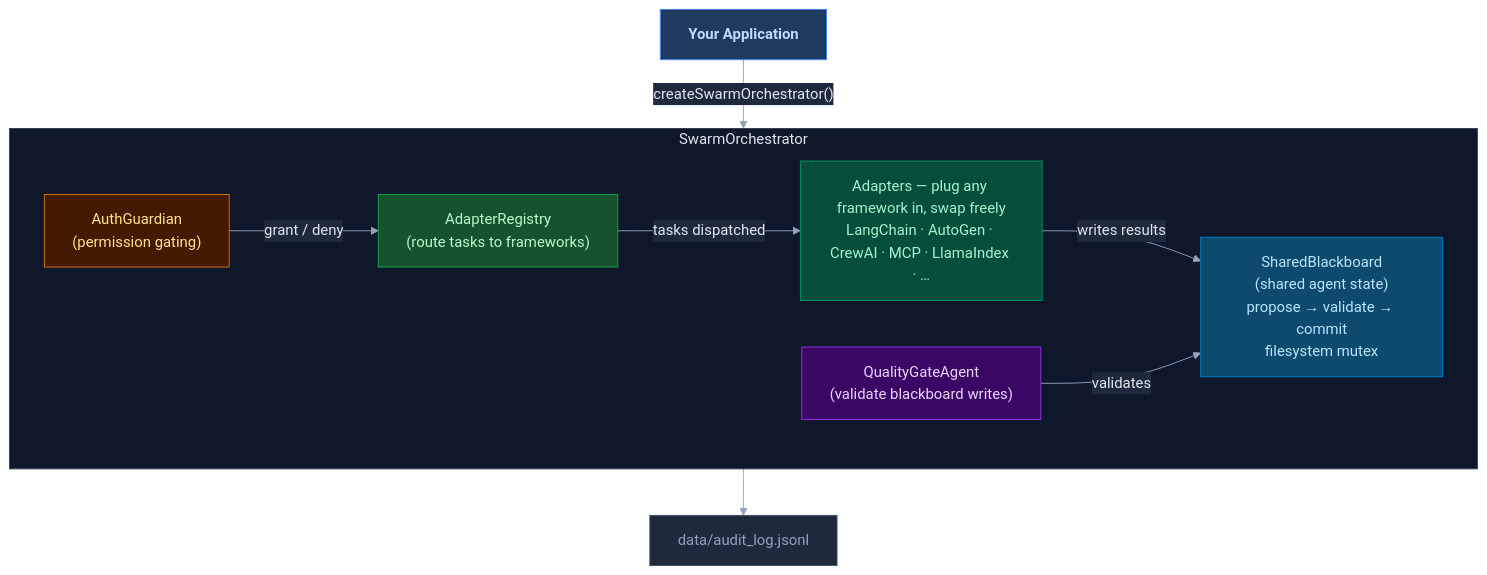
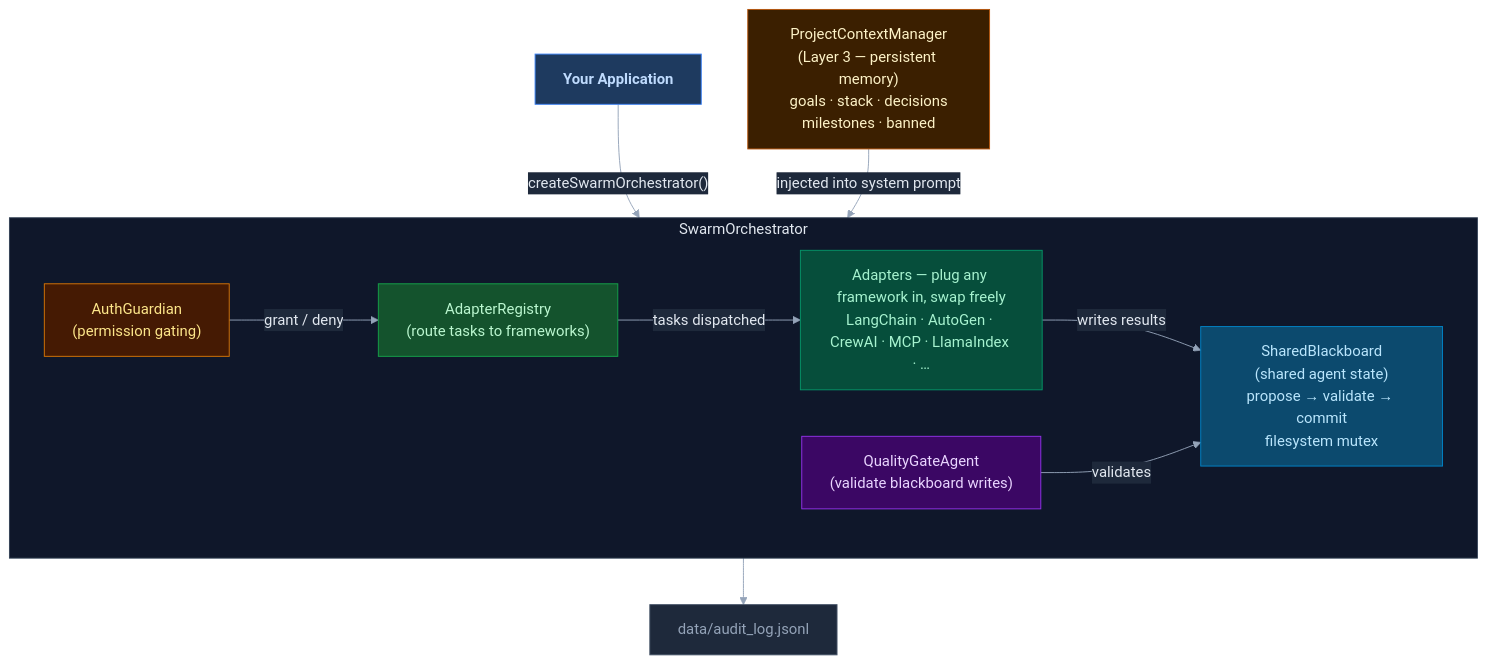
One commit to Jovancoding/Network-AI changed the diagram in ARCHITECTURE.md. Above: the diagram before and after it, drawn with Mermaid. The commit also changed other lines of this file and 11 other files, not shown here.

First line of the commit message:
feat: Project Context Layer (Layer 3 memory) v4.5.0

````diff
--- a/ARCHITECTURE.md
+++ b/ARCHITECTURE.md
@@ -36,29 +36,33 @@
 ```mermaid
 %%{init: {'theme': 'base', 'themeVariables': {'primaryColor': '#1e293b', 'primaryTextColor': '#e2e8f0', 'primaryBorderColor': '#475569', 'lineColor': '#94a3b8', 'clusterBkg': '#0f172a', 'clusterBorder': '#334155', 'edgeLabelBackground': '#1e293b', 'edgeLabelColor': '#cbd5e1', 'titleColor': '#e2e8f0'}}}%%
 flowchart TD
     classDef app        fill:#1e3a5f,stroke:#3b82f6,color:#bfdbfe,font-weight:bold
     classDef security   fill:#451a03,stroke:#d97706,color:#fde68a
     classDef routing    fill:#14532d,stroke:#16a34a,color:#bbf7d0
     classDef quality    fill:#3b0764,stroke:#9333ea,color:#e9d5ff
     classDef blackboard fill:#0c4a6e,stroke:#0284c7,color:#bae6fd
     classDef adapters   fill:#064e3b,stroke:#059669,color:#a7f3d0
     classDef audit      fill:#1e293b,stroke:#475569,color:#94a3b8
+    classDef context    fill:#3b1f00,stroke:#b45309,color:#fef3c7
 
     App["Your Application"]:::app
     App -->|"createSwarmOrchestrator()"| SO
+
+    PC["ProjectContextManager\n(Layer 3 — persistent memory)\ngoals · stack · decisions\nmilestones · banned"]:::context
+    PC -->|"injected into system prompt"| SO
 
     subgraph SO["SwarmOrchestrator"]
         AG["AuthGuardian\n(permission gating)"]:::security
         AR["AdapterRegistry\n(route tasks to frameworks)"]:::routing
         QG["QualityGateAgent\n(validate blackboard writes)"]:::quality
         BB["SharedBlackboard\n(shared agent state)\npropose → validate → commit\nfilesystem mutex"]:::blackboard
         AD["Adapters — plug any framework in, swap freely\nLangChain · AutoGen · CrewAI · MCP · LlamaIndex · …"]:::adapters
 
         AG -->|"grant / deny"| AR
         AR -->|"tasks dispatched"| AD
         AD -->|"writes results"| BB
         QG -->|"validates"| BB
     end
 
     SO --> AUDIT["data/audit_log.jsonl"]:::audit
 ```
````
